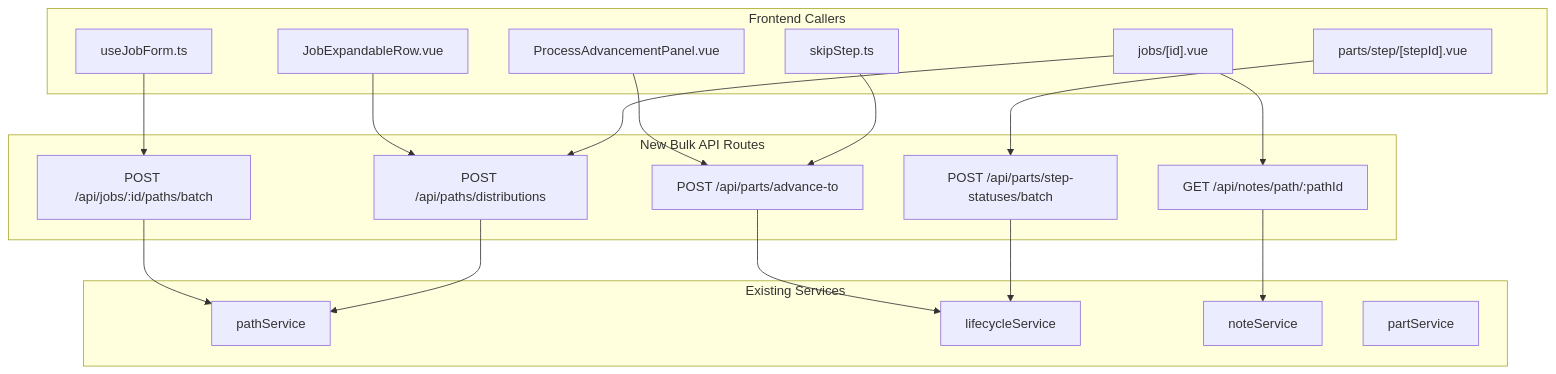
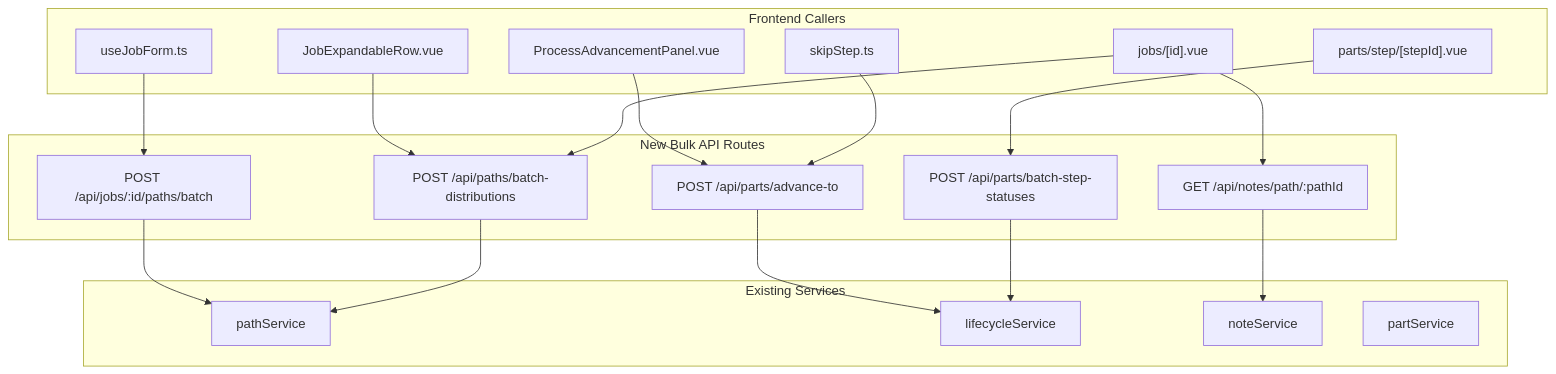
The diagram in .kiro/specs/bulk-api-endpoints/design.md (XanderLuciano/shop-planr), drawn with Mermaid before and after one commit. The commit also changed other lines of this file and 2 other files, not shown here.

Commit message:
chore: rename bulk endpoints to match existing batch- prefix convention

````diff
--- a/.kiro/specs/bulk-api-endpoints/design.md
+++ b/.kiro/specs/bulk-api-endpoints/design.md
@@ -11,35 +11,35 @@
 ```mermaid
 graph TD
     subgraph "Frontend Callers"
         JF[useJobForm.ts]
         PAP[ProcessAdvancementPanel.vue]
         SS[skipStep.ts]
         JD["jobs/[id].vue"]
         SV["parts/step/[stepId].vue"]
         JER[JobExpandableRow.vue]
     end
 
     subgraph "New Bulk API Routes"
         BPO["POST /api/jobs/:id/paths/batch"]
         BAT["POST /api/parts/advance-to"]
         BNP["GET /api/notes/path/:pathId"]
-        BSS["POST /api/parts/step-statuses/batch"]
-        BPD["POST /api/paths/distributions"]
+        BSS["POST /api/parts/batch-step-statuses"]
+        BPD["POST /api/paths/batch-distributions"]
     end
 
     subgraph "Existing Services"
         PS[pathService]
         LS[lifecycleService]
         NS[noteService]
         PAS[partService]
     end
 
     JF --> BPO --> PS
     PAP --> BAT --> LS
     SS --> BAT
     JD --> BNP --> NS
     SV --> BSS --> LS
     JER --> BPD --> PS
     JD --> BPD
 
 ```
````
